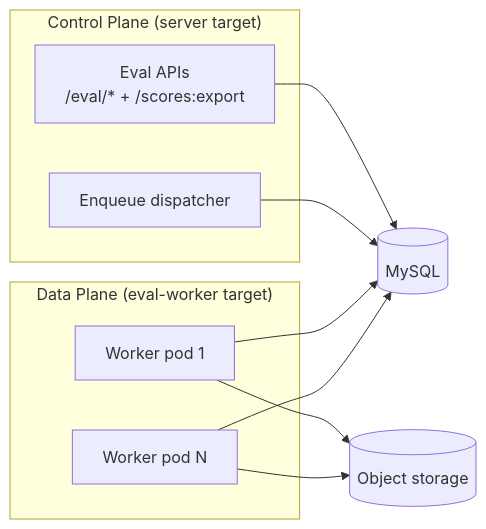
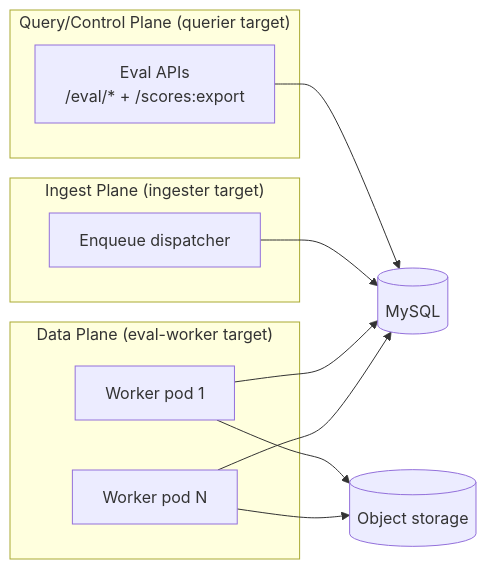
Before and after one commit to grafana/sigil: the second of 2 diagrams in docs/references/online-evaluation-user-guide.md, drawn with Mermaid. The commit also changed other lines of this file and 31 other files, not shown here.

````diff
--- a/docs/references/online-evaluation-user-guide.md
+++ b/docs/references/online-evaluation-user-guide.md
@@ -43,22 +43,25 @@
 ```mermaid
 flowchart LR
-    subgraph CP["Control Plane (server target)"]
+    subgraph QP["Query/Control Plane (querier target)"]
       API["Eval APIs\n/eval/* + /scores:export"]
+    end
+
+    subgraph IP["Ingest Plane (ingester target)"]
       DISP["Enqueue dispatcher"]
     end
 
     subgraph WP["Data Plane (eval-worker target)"]
       W1["Worker pod 1"]
       W2["Worker pod N"]
     end
 
     DB[("MySQL")]
     OBJ[("Object storage")]
 
     API --> DB
     DISP --> DB
     W1 --> DB
     W2 --> DB
     W1 --> OBJ
     W2 --> OBJ
 ```
````
